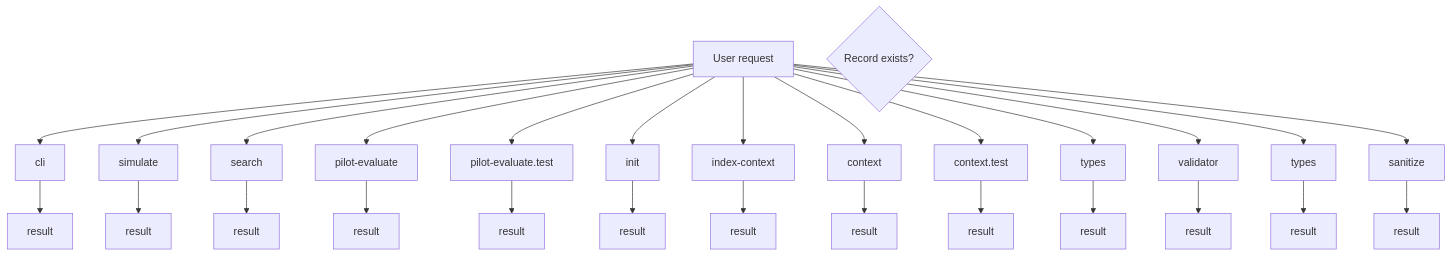
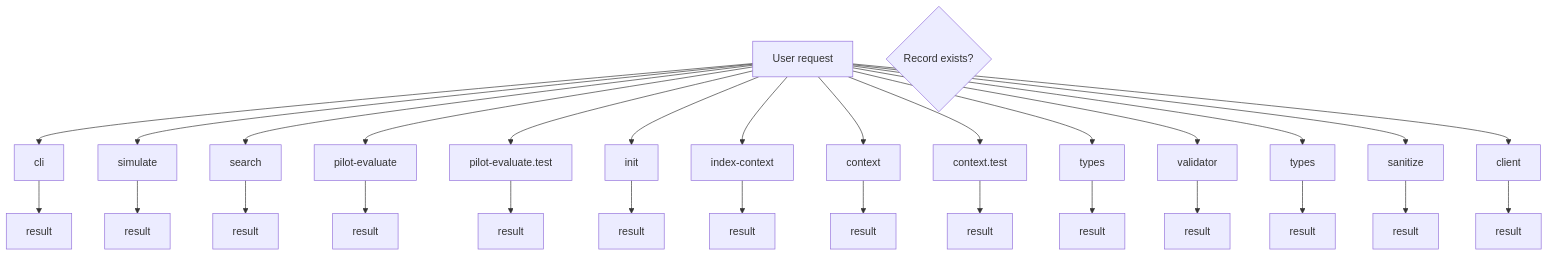
Before and after one commit to jscraik/coding-harness: the diagram in AI/diagrams/database.mmd, drawn with Mermaid. The commit also changed 8 other files, not shown here.

Commit message:
chore(diagrams): auto-refresh architecture diagrams

```diff
--- a/AI/diagrams/database.mmd
+++ b/AI/diagrams/database.mmd
@@ -1,44 +1,47 @@
 flowchart TD
   UserRequest["User request"]
   Decision{Record exists?}
   cli_99bb8840["cli"]
   UserRequest --> cli_99bb8840
   cli_99bb8840 --> cli_99bb8840_result["result"]
   simulate_b9efe395["simulate"]
   UserRequest --> simulate_b9efe395
   simulate_b9efe395 --> simulate_b9efe395_result["result"]
   search_24193290["search"]
   UserRequest --> search_24193290
   search_24193290 --> search_24193290_result["result"]
   pilot_evaluate_2045b1a1["pilot-evaluate"]
   UserRequest --> pilot_evaluate_2045b1a1
   pilot_evaluate_2045b1a1 --> pilot_evaluate_2045b1a1_result["result"]
   pilot_evaluate_test_a2ac06fc["pilot-evaluate.test"]
   UserRequest --> pilot_evaluate_test_a2ac06fc
   pilot_evaluate_test_a2ac06fc --> pilot_evaluate_test_a2ac06fc_result["result"]
   init_bb54068a["init"]
   UserRequest --> init_bb54068a
   init_bb54068a --> init_bb54068a_result["result"]
   index_context_de3ed39d["index-context"]
   UserRequest --> index_context_de3ed39d
   index_context_de3ed39d --> index_context_de3ed39d_result["result"]
   context_ea7792a2["context"]
   UserRequest --> context_ea7792a2
   context_ea7792a2 --> context_ea7792a2_result["result"]
   context_test_57aad306["context.test"]
   UserRequest --> context_test_57aad306
   context_test_57aad306 --> context_test_57aad306_result["result"]
   types_8d846022["types"]
   UserRequest --> types_8d846022
   types_8d846022 --> types_8d846022_result["result"]
   validator_1_0c0621d8["validator"]
   UserRequest --> validator_1_0c0621d8
   validator_1_0c0621d8 --> validator_1_0c0621d8_result["result"]
-  types_6_1818fb91["types"]
-  UserRequest --> types_6_1818fb91
-  types_6_1818fb91 --> types_6_1818fb91_result["result"]
+  types_5_f869ec4b["types"]
+  UserRequest --> types_5_f869ec4b
+  types_5_f869ec4b --> types_5_f869ec4b_result["result"]
   sanitize_af6a3bb0["sanitize"]
   UserRequest --> sanitize_af6a3bb0
   sanitize_af6a3bb0 --> sanitize_af6a3bb0_result["result"]
+  client_948fe603["client"]
+  UserRequest --> client_948fe603
+  client_948fe603 --> client_948fe603_result["result"]
   classDef dbNode fill:#0ea5e9,color:#fff
   classDef decisionNode fill:#0284c7,color:#fff
```
